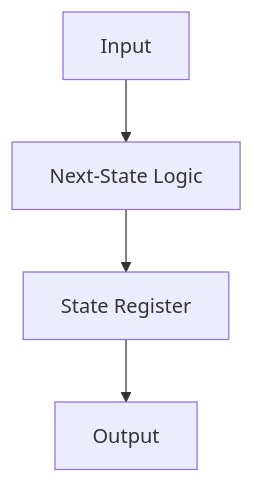
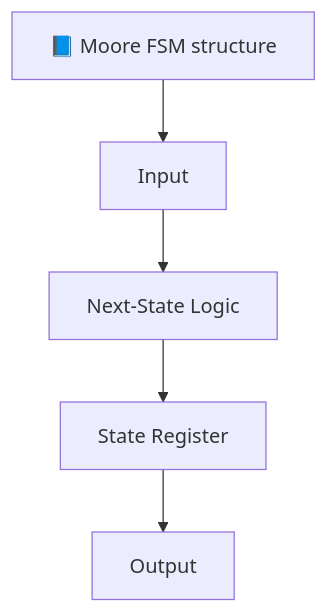
One commit to Samizo-AITL/Edusemi-v4x changed the third of 4 diagrams in chapter2_comb_logic/2.6_fsm_intro.md. Above: the diagram before and after it, drawn with Mermaid. The commit also changed other lines of this file, not shown here.

````diff
--- a/chapter2_comb_logic/2.6_fsm_intro.md
+++ b/chapter2_comb_logic/2.6_fsm_intro.md
@@ -92,6 +92,8 @@
 ```mermaid
 flowchart TD
-    A1["Input"] --> A2["Next-State Logic"]
+    title1["📘 Moore FSM structure"]
+    title1 --> A1["Input"]
+    A1 --> A2["Next-State Logic"]
     A2 --> A3["State Register"]
     A3 --> A4["Output"]
 ```
````
